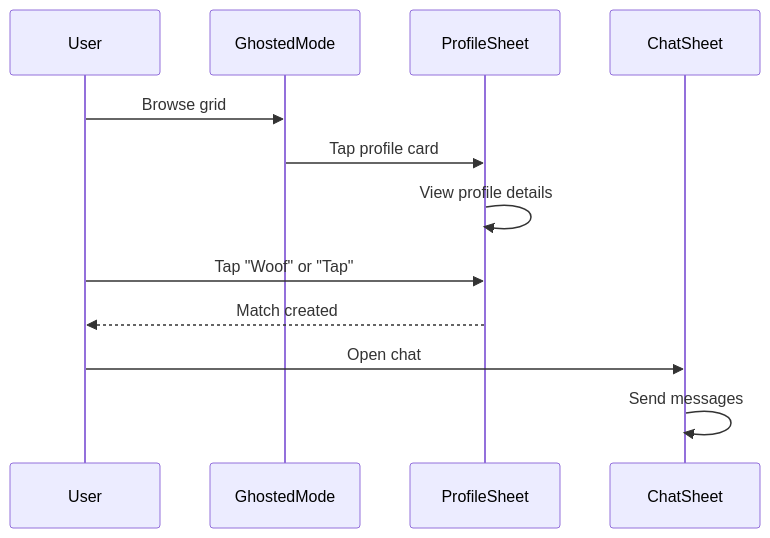
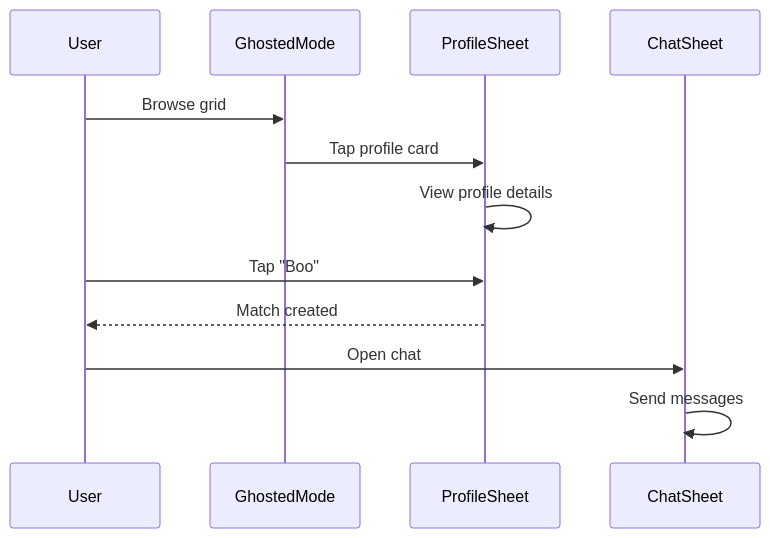
Before and after one commit to SICQR/hotmess-globe: the eighth of 12 diagrams in docs/NAVIGATION_MAP.md, drawn with Mermaid. The commit also changed other lines of this file and 10 other files, not shown here.

````diff
--- a/docs/NAVIGATION_MAP.md
+++ b/docs/NAVIGATION_MAP.md
@@ -221,15 +221,15 @@
 ```mermaid
 sequenceDiagram
     participant U as User
     participant G as GhostedMode
     participant P as ProfileSheet
     participant C as ChatSheet
     
     U->>G: Browse grid
     G->>P: Tap profile card
     P->>P: View profile details
-    U->>P: Tap "Woof" or "Tap"
+    U->>P: Tap "Boo"
     P-->>U: Match created
     U->>C: Open chat
     C->>C: Send messages
 ```
````
